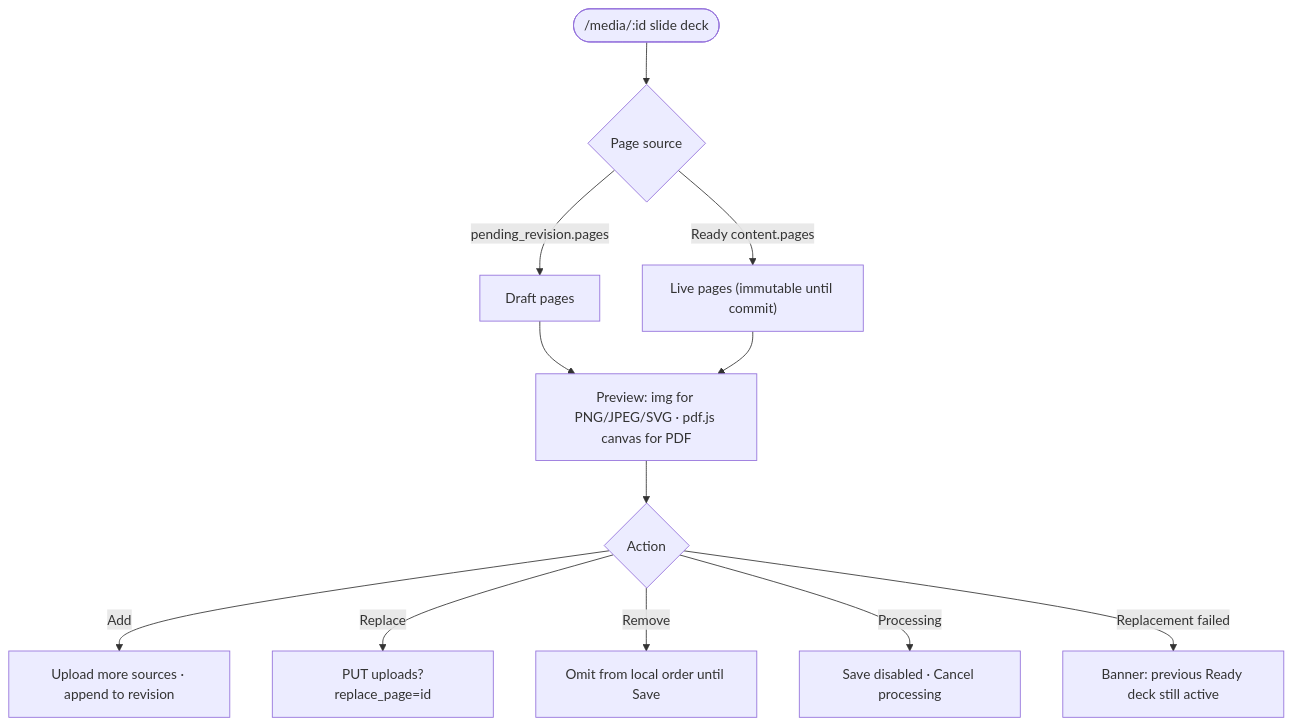
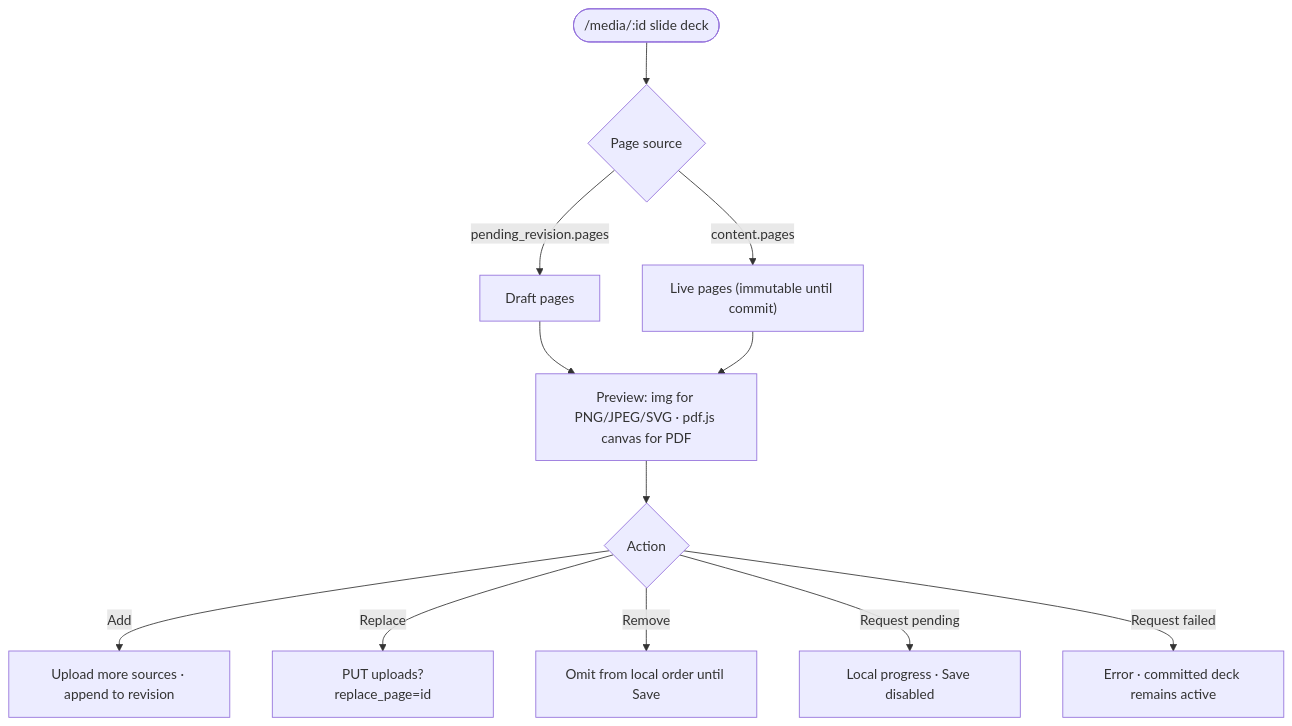
One commit to xilefmusics/worship_viewer changed diagram 52 of 56 in docs/architecture/frontend-user-flows.md. Above: the diagram before and after it, drawn with Mermaid. The commit also changed other lines of this file and 62 other files, not shown here.

````diff
--- a/docs/architecture/frontend-user-flows.md
+++ b/docs/architecture/frontend-user-flows.md
@@ -892,14 +892,14 @@
 ```mermaid
 flowchart TD
     editor(["/media/:id slide deck"]) --> src{Page source}
     src -->|pending_revision.pages| draft["Draft pages"]
-    src -->|Ready content.pages| live["Live pages (immutable until commit)"]
+    src -->|content.pages| live["Live pages (immutable until commit)"]
     draft --> prev["Preview: img for PNG/JPEG/SVG · pdf.js canvas for PDF"]
     live --> prev
     prev --> acts{Action}
     acts -->|Add| add["Upload more sources · append to revision"]
     acts -->|Replace| rep["PUT uploads?replace_page=id"]
     acts -->|Remove| rm["Omit from local order until Save"]
-    acts -->|Processing| wait["Save disabled · Cancel processing"]
-    acts -->|Replacement failed| keep["Banner: previous Ready deck still active"]
+    acts -->|Request pending| wait["Local progress · Save disabled"]
+    acts -->|Request failed| keep["Error · committed deck remains active"]
 ```
````
